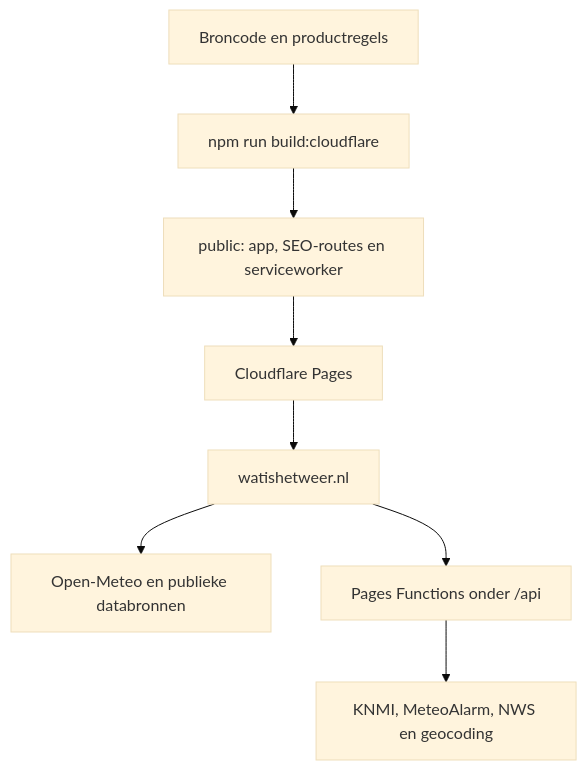
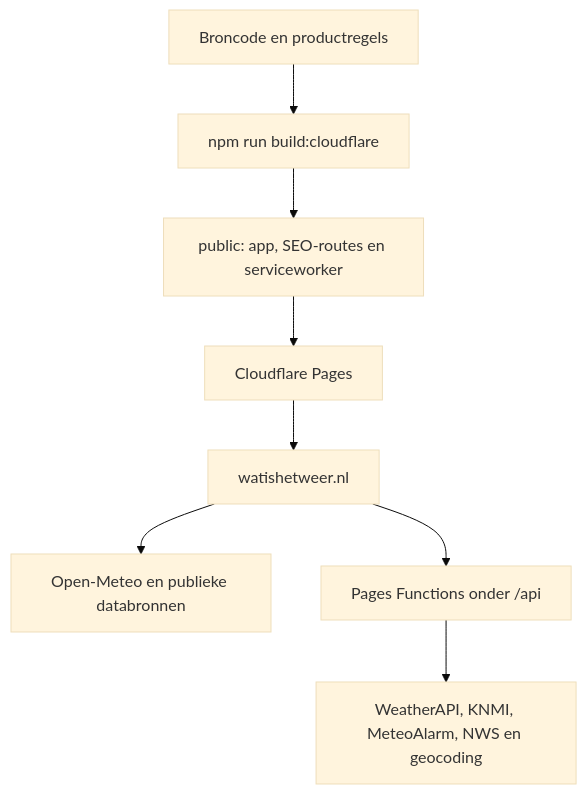
Before and after one commit to Tommjoness/watishetweer: the diagram in docs/overdracht-runbook.md, drawn with Mermaid (base theme). The commit also changed other lines of this file, not shown here.

Commit message:
Complete WeatherAPI fallback integration: docs/overdracht-runbook.md

````diff
--- a/docs/overdracht-runbook.md
+++ b/docs/overdracht-runbook.md
@@ -21,10 +21,10 @@
 ```mermaid
 flowchart TD
   A[Broncode en productregels] --> B[npm run build:cloudflare]
   B --> C[public: app, SEO-routes en serviceworker]
   C --> D[Cloudflare Pages]
   D --> E[watishetweer.nl]
   E --> F[Open-Meteo en publieke databronnen]
   E --> G[Pages Functions onder /api]
-  G --> H[KNMI, MeteoAlarm, NWS en geocoding]
+  G --> H[WeatherAPI, KNMI, MeteoAlarm, NWS en geocoding]
 ```
````
